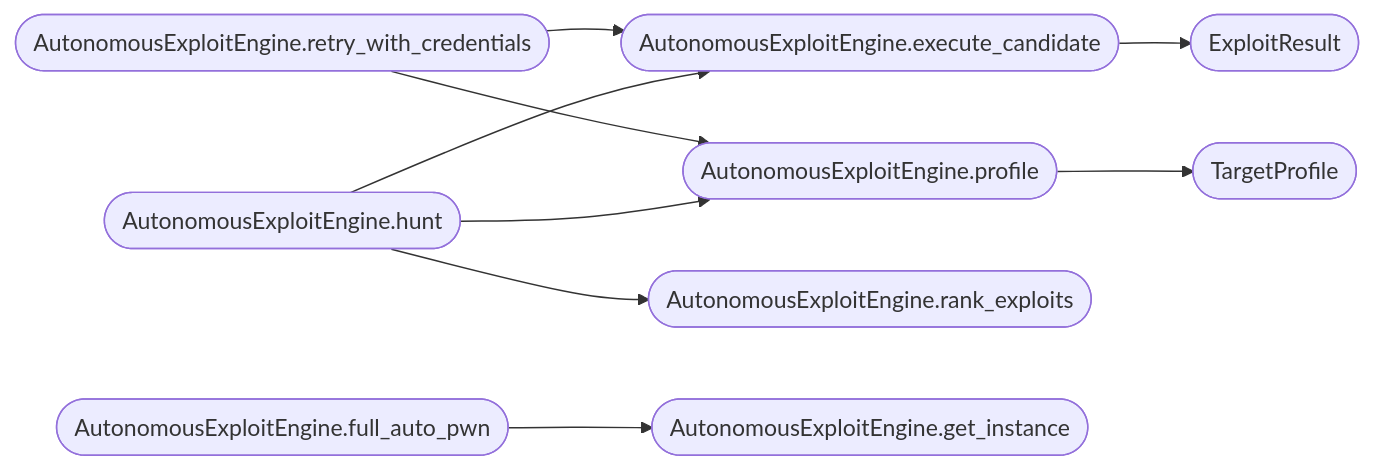
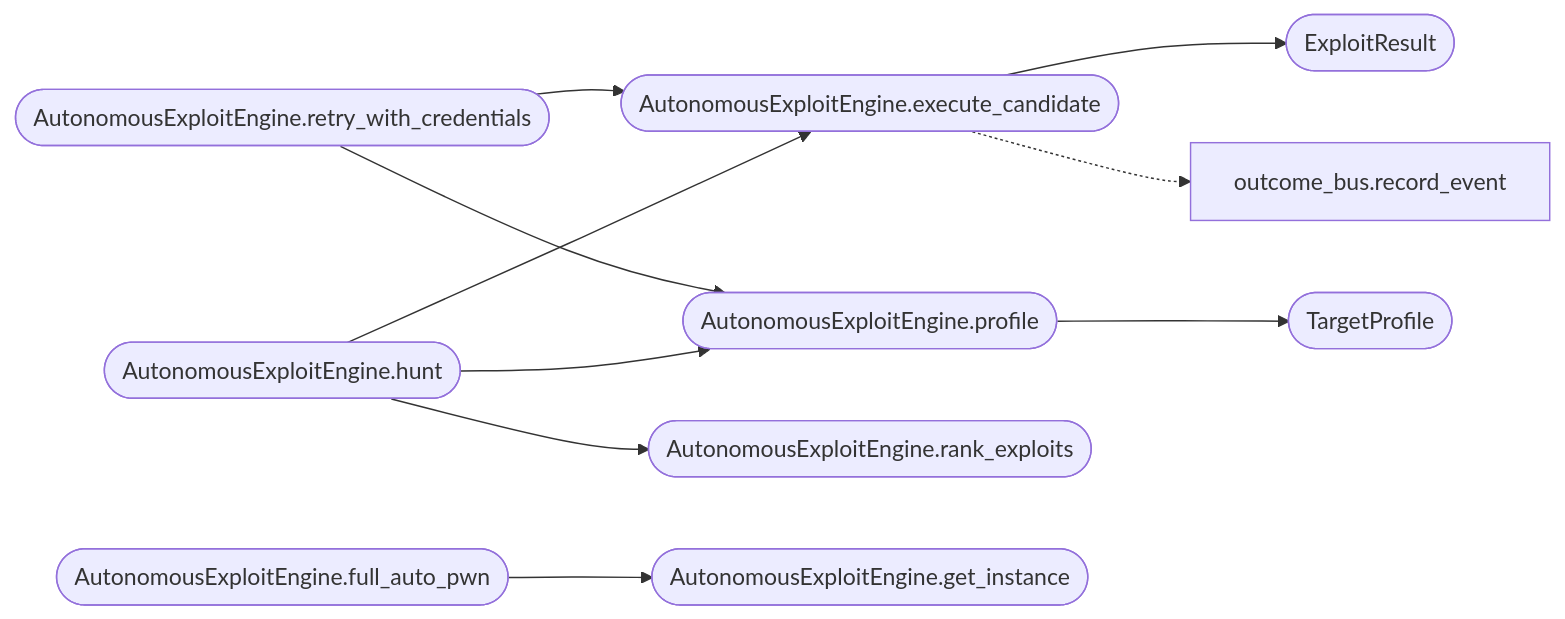
One commit to grisuno/LazyOwn changed the second of 2 diagrams in readmenator-apidocs/modules/modules.autonomous_exploit_engine.py.md. Above: the diagram before and after it, drawn with Mermaid. The commit also changed other lines of this file and 764 other files, not shown here.

````diff
--- a/readmenator-apidocs/modules/modules.autonomous_exploit_engine.py.md
+++ b/readmenator-apidocs/modules/modules.autonomous_exploit_engine.py.md
@@ -84,20 +84,22 @@
 ```mermaid
 flowchart LR
     n_modules_autonomous_exploit_engine_py__AutonomousExploitEngine_hunt(["AutonomousExploitEngine.hunt"])
     n_modules_autonomous_exploit_engine_py__AutonomousExploitEngine_execute_candidate(["AutonomousExploitEngine.execute_candidate"])
     n_modules_autonomous_exploit_engine_py__AutonomousExploitEngine_profile(["AutonomousExploitEngine.profile"])
     n_modules_autonomous_exploit_engine_py__AutonomousExploitEngine_rank_exploits(["AutonomousExploitEngine.rank_exploits"])
     n_modules_autonomous_exploit_engine_py__AutonomousExploitEngine_retry_with_credentials(["AutonomousExploitEngine.retry_with_credentials"])
     n_modules_autonomous_exploit_engine_py__TargetProfile(["TargetProfile"])
     n_modules_autonomous_exploit_engine_py__ExploitResult(["ExploitResult"])
     n_modules_autonomous_exploit_engine_py__AutonomousExploitEngine_full_auto_pwn(["AutonomousExploitEngine.full_auto_pwn"])
     n_modules_autonomous_exploit_engine_py__AutonomousExploitEngine_get_instance(["AutonomousExploitEngine.get_instance"])
+    n_modules_outcome_bus_py__record_event["outcome_bus.record_event"]
     n_modules_autonomous_exploit_engine_py__AutonomousExploitEngine_hunt --> n_modules_autonomous_exploit_engine_py__AutonomousExploitEngine_execute_candidate
     n_modules_autonomous_exploit_engine_py__AutonomousExploitEngine_hunt --> n_modules_autonomous_exploit_engine_py__AutonomousExploitEngine_profile
     n_modules_autonomous_exploit_engine_py__AutonomousExploitEngine_hunt --> n_modules_autonomous_exploit_engine_py__AutonomousExploitEngine_rank_exploits
     n_modules_autonomous_exploit_engine_py__AutonomousExploitEngine_retry_with_credentials --> n_modules_autonomous_exploit_engine_py__AutonomousExploitEngine_execute_candidate
     n_modules_autonomous_exploit_engine_py__AutonomousExploitEngine_retry_with_credentials --> n_modules_autonomous_exploit_engine_py__AutonomousExploitEngine_profile
     n_modules_autonomous_exploit_engine_py__AutonomousExploitEngine_profile --> n_modules_autonomous_exploit_engine_py__TargetProfile
     n_modules_autonomous_exploit_engine_py__AutonomousExploitEngine_execute_candidate --> n_modules_autonomous_exploit_engine_py__ExploitResult
     n_modules_autonomous_exploit_engine_py__AutonomousExploitEngine_full_auto_pwn --> n_modules_autonomous_exploit_engine_py__AutonomousExploitEngine_get_instance
+    n_modules_autonomous_exploit_engine_py__AutonomousExploitEngine_execute_candidate -.-> n_modules_outcome_bus_py__record_event
 ```
````
